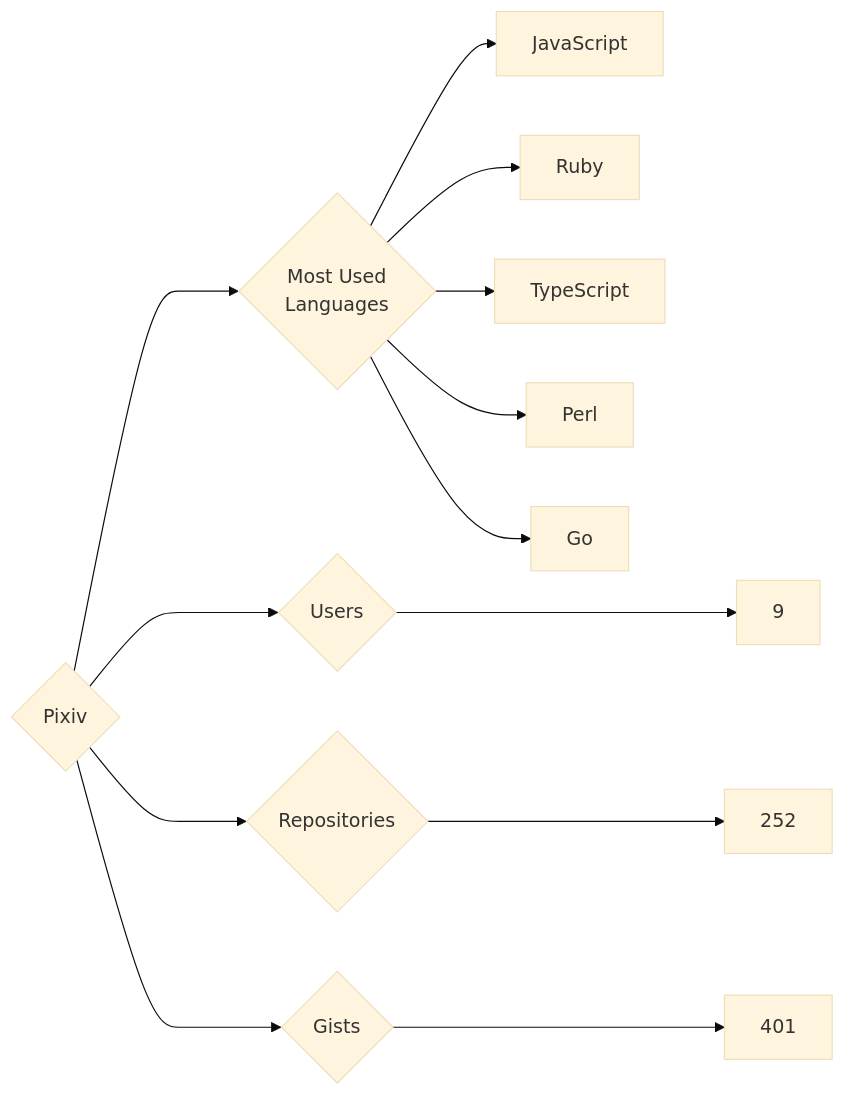
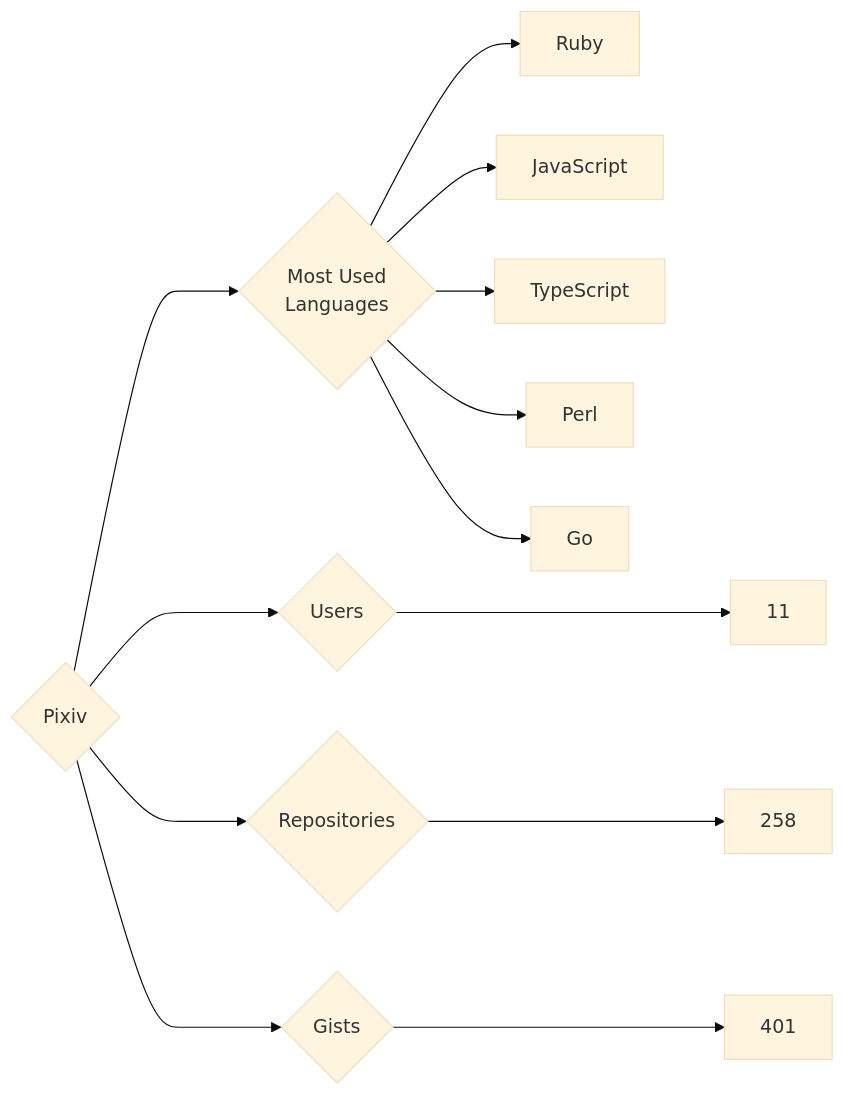
The diagram in targets/Pixiv/README.md (trickest/insiders), drawn with Mermaid (base theme) before and after one commit. The commit also changed 953 other files, not shown here.

````diff
--- a/targets/Pixiv/README.md
+++ b/targets/Pixiv/README.md
@@ -3,13 +3,13 @@
 ```mermaid
 graph LR
 COMPANY_NAME{Pixiv}
-COMPANY_NAME ---> U{Users} ---> UN[9]
-COMPANY_NAME ---> R{Repositories} ---> RN[252]
+COMPANY_NAME ---> U{Users} ---> UN[11]
+COMPANY_NAME ---> R{Repositories} ---> RN[258]
 COMPANY_NAME ---> G{Gists} ---> GN[401]
 COMPANY_NAME ---> ML{Most Used<br>Languages}
+ML --> Ruby[Ruby]
 ML --> JavaScript[JavaScript]
-ML --> Ruby[Ruby]
 ML --> TypeScript[TypeScript]
 ML --> Perl[Perl]
 ML --> Go[Go]
 ```
````
